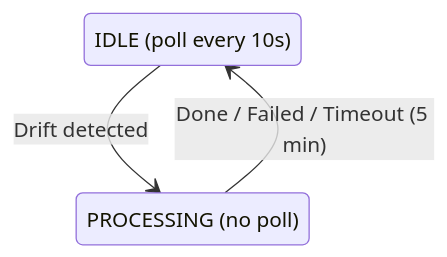
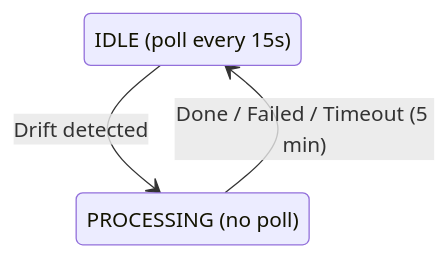
The second of 3 diagrams in docs/architecture.mdx (techulus/cloud), drawn with Mermaid before and after one commit. The commit also changed other lines of this file and 9 other files, not shown here.

````diff
--- a/docs/architecture.mdx
+++ b/docs/architecture.mdx
@@ -65,8 +65,8 @@
 ```mermaid
 stateDiagram-v2
-    IDLE: IDLE (poll every 10s)
+    IDLE: IDLE (poll every 15s)
     PROCESSING: PROCESSING (no poll)
 
     IDLE --> PROCESSING: Drift detected
     PROCESSING --> IDLE: Done / Failed / Timeout (5 min)
 ```
````
